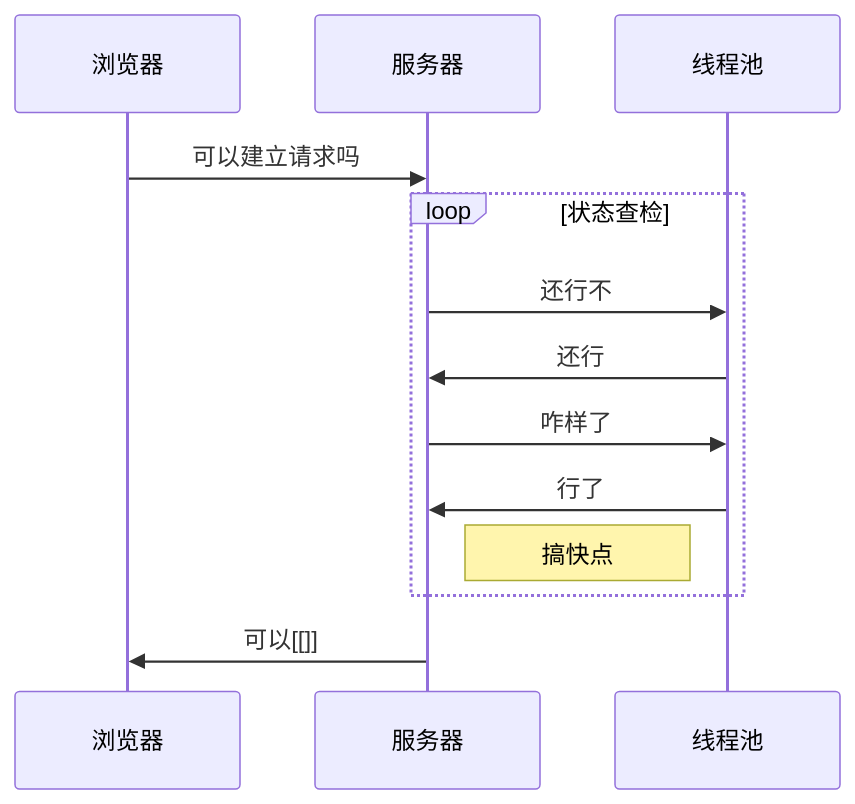
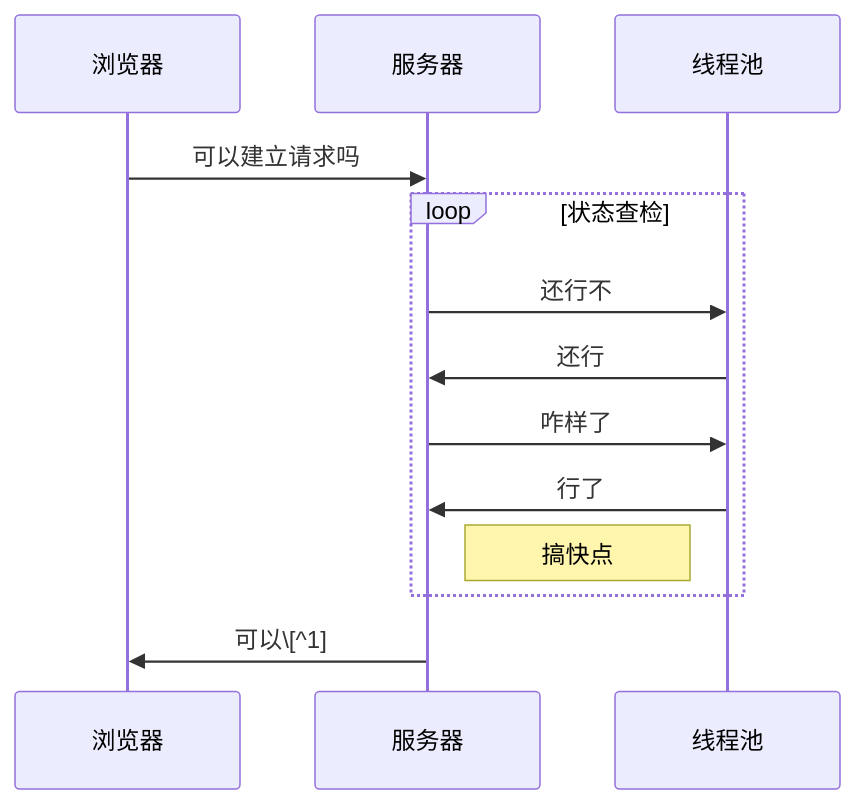
Before and after one commit to Echo-Yanglulu/obsidianPrivateNote: the diagram in 笔记/思考工具/图形/交流顺序图.md, drawn with Mermaid. The commit also changed other lines of this file, not shown here.

Commit message:
backup: 2022-07-09 17:49:27
Affected files:
笔记/思考工具/图形/交流顺序图.md

````diff
--- a/笔记/思考工具/图形/交流顺序图.md
+++ b/笔记/思考工具/图形/交流顺序图.md
@@ -1,12 +1,12 @@
 ``` mermaid
 sequenceDiagram
 浏览器 ->> 服务器: 可以建立请求吗
 loop 状态查检
 服务器 ->> 线程池: 还行不
 线程池 ->> 服务器: 还行
 服务器 ->>线程池: 咋样了
 线程池 ->> 服务器: 行了
 Note right of 服务器: 搞快点
 end
-服务器 ->> 浏览器: 可以[[]]
+服务器 ->> 浏览器: 可以\[^1]
 ```
````
